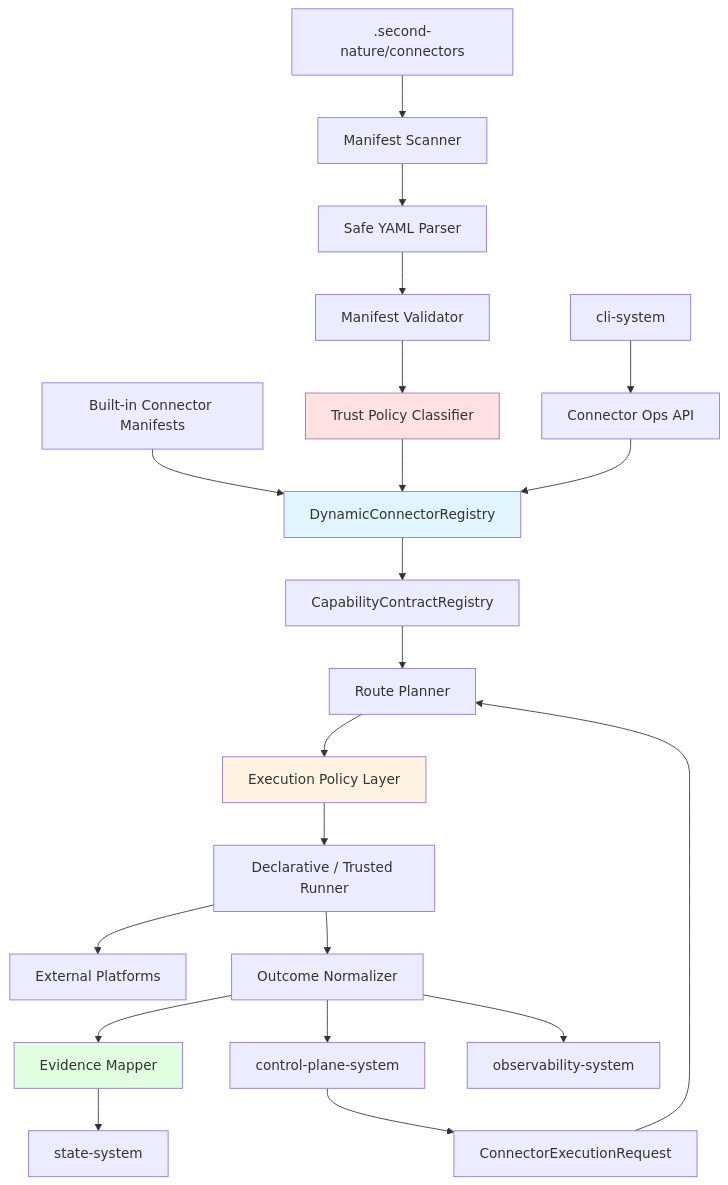
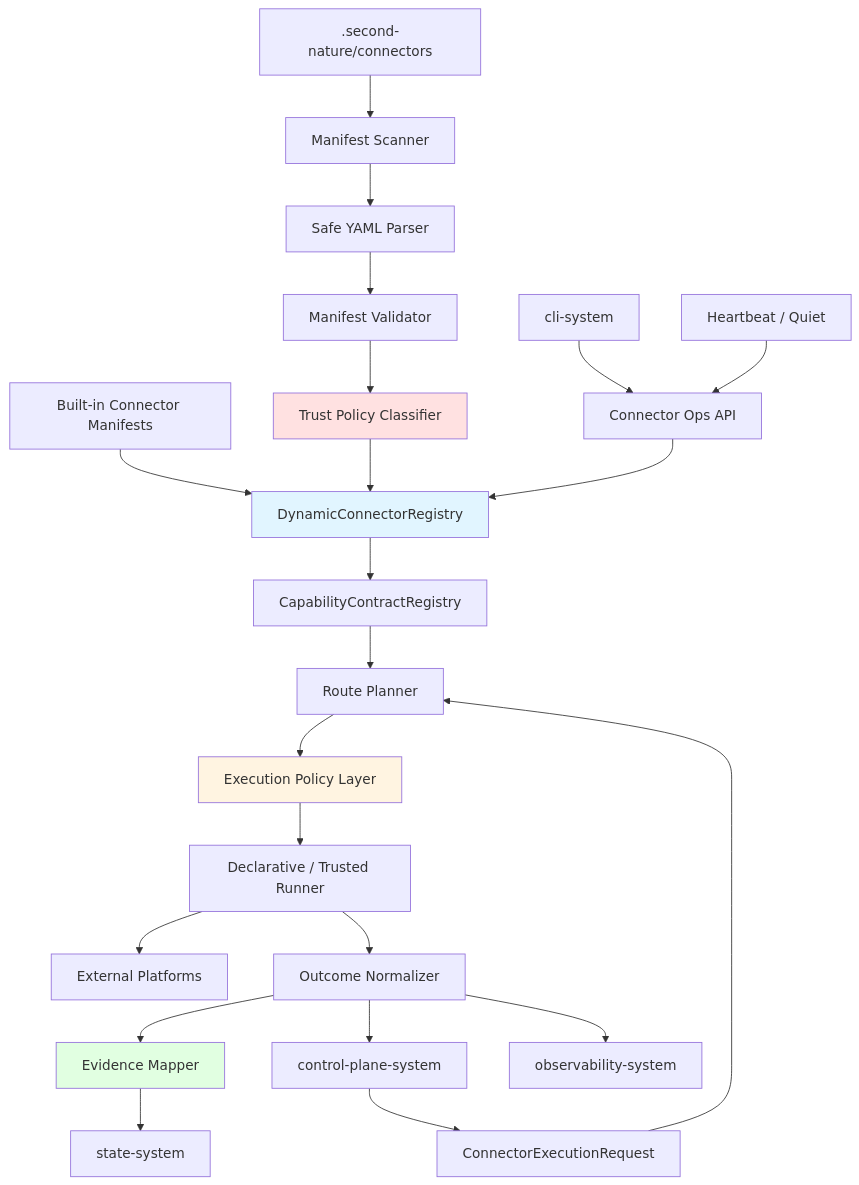
The first of 5 diagrams in .anws/v6/04_SYSTEM_DESIGN/connector-system.md (Haaaiawd/Second-Nature), drawn with Mermaid before and after one commit. The commit also changed other lines of this file and 33 other files, not shown here.

````diff
--- a/.anws/v6/04_SYSTEM_DESIGN/connector-system.md
+++ b/.anws/v6/04_SYSTEM_DESIGN/connector-system.md
@@ -131,30 +136,31 @@
 ```mermaid
 graph TD
     WS[.second-nature/connectors] --> SCAN[Manifest Scanner]
     SCAN --> PARSE[Safe YAML Parser]
     PARSE --> VALID[Manifest Validator]
     VALID --> TRUST[Trust Policy Classifier]
 
     BUILTIN[Built-in Connector Manifests] --> REG[DynamicConnectorRegistry]
     TRUST --> REG
     REG --> CAP[CapabilityContractRegistry]
 
     CP[control-plane-system] --> REQ[ConnectorExecutionRequest]
     CLI[cli-system] --> OPS[Connector Ops API]
+    AGENT[Heartbeat / Quiet] --> OPS
     OPS --> REG
     REQ --> ROUTE[Route Planner]
     CAP --> ROUTE
     ROUTE --> POLICY[Execution Policy Layer]
     POLICY --> RUNNER[Declarative / Trusted Runner]
     RUNNER --> EXT[External Platforms]
     RUNNER --> NORM[Outcome Normalizer]
     NORM --> EVID[Evidence Mapper]
     EVID --> STATE[state-system]
     NORM --> OBS[observability-system]
     NORM --> CP
 
     style TRUST fill:#ffe1e1
     style REG fill:#e1f5ff
     style POLICY fill:#fff4e1
     style EVID fill:#e1ffe1
 ```
````
